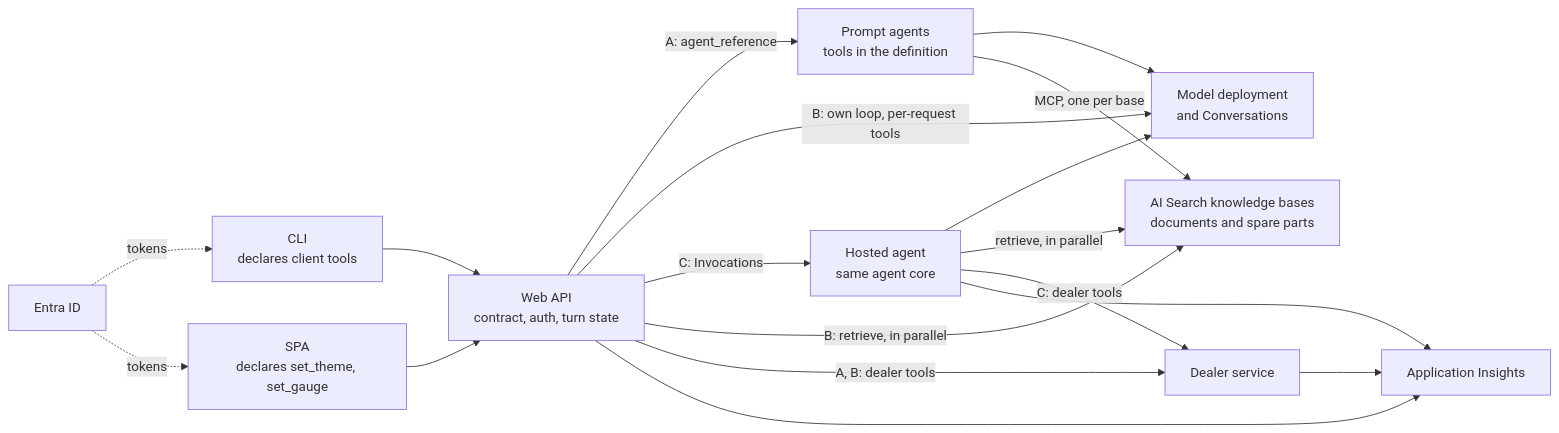
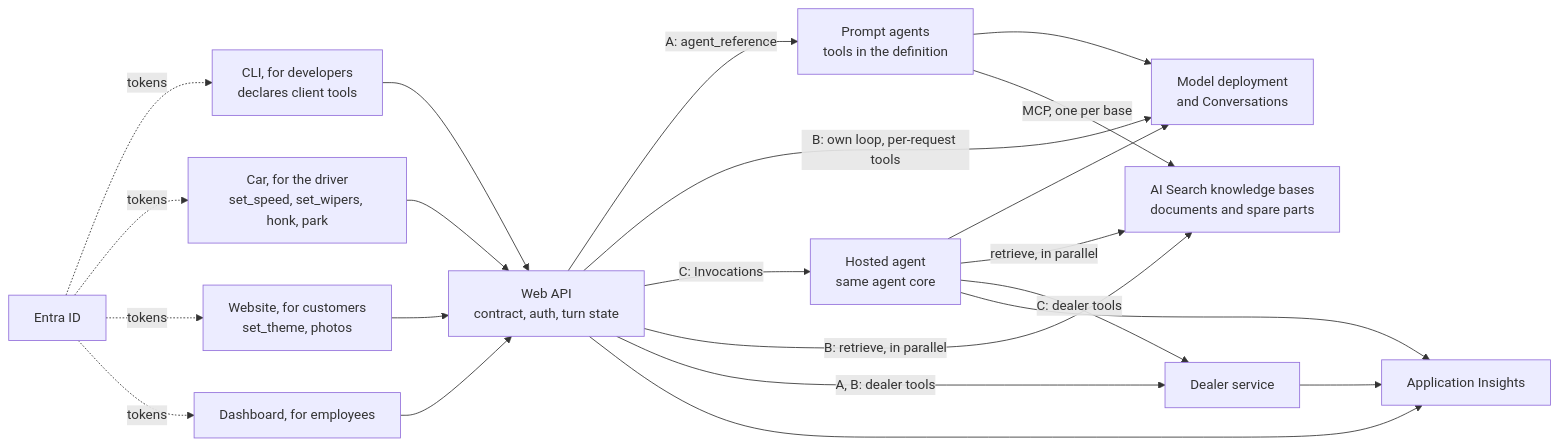
One commit to mklab-se/voltrieve changed the diagram in README.md. Above: the diagram before and after it, drawn with Mermaid. The commit also changed other lines of this file and 8 other files, not shown here.

````diff
--- a/README.md
+++ b/README.md
@@ -61,21 +73,25 @@
 ```mermaid
 flowchart LR
-    CLI["CLI<br/>declares client tools"] --> API
-    SPA["SPA<br/>declares set_theme, set_gauge"] --> API
+    CLI["CLI, for developers<br/>declares client tools"] --> API
+    Car["Car, for the driver<br/>set_speed, set_wipers, honk, park"] --> API
+    Web["Website, for customers<br/>set_theme, photos"] --> API
+    Dash["Dashboard, for employees"] --> API
     Entra["Entra ID"] -. tokens .-> CLI
-    Entra -. tokens .-> SPA
+    Entra -. tokens .-> Car
+    Entra -. tokens .-> Web
+    Entra -. tokens .-> Dash
     API["Web API<br/>contract, auth, turn state"]
     API -->|"A: agent_reference"| Prompt["Prompt agents<br/>tools in the definition"]
     API -->|"B: own loop, per-request tools"| Model["Model deployment<br/>and Conversations"]
     API -->|"C: Invocations"| Hosted["Hosted agent<br/>same agent core"]
     Prompt --> Model
     Hosted --> Model
     Prompt -->|"MCP, one per base"| KB["AI Search knowledge bases<br/>documents and spare parts"]
     API -->|"B: retrieve, in parallel"| KB
     Hosted -->|"retrieve, in parallel"| KB
     API -->|"A, B: dealer tools"| Dealer["Dealer service"]
     Hosted -->|"C: dealer tools"| Dealer
     API --> AI["Application Insights"]
     Dealer --> AI
     Hosted --> AI
 ```
````
